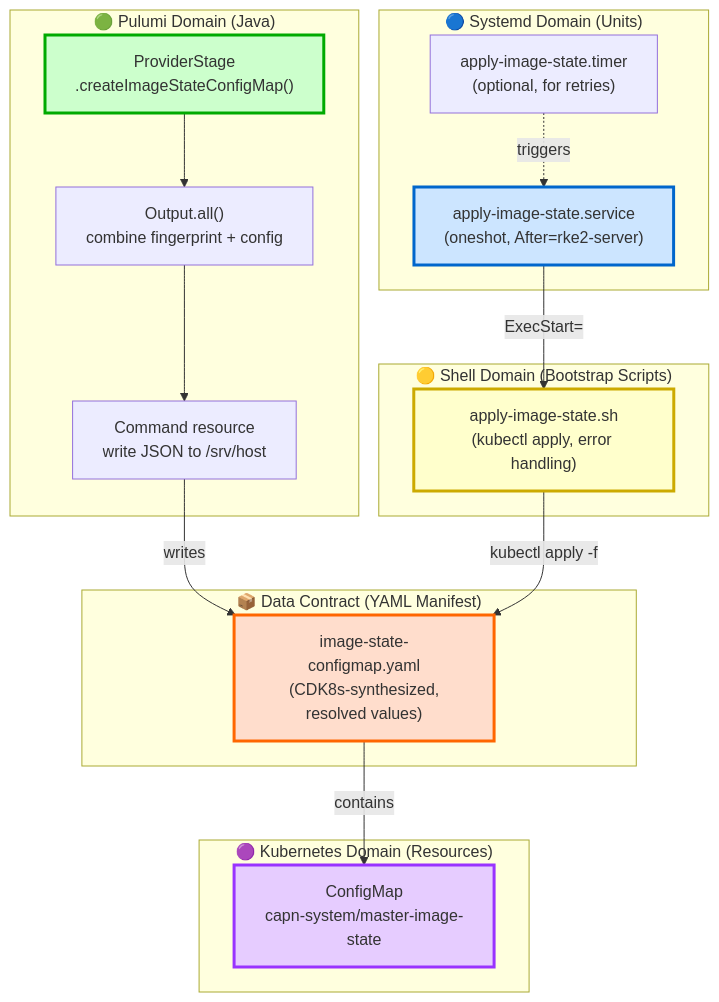
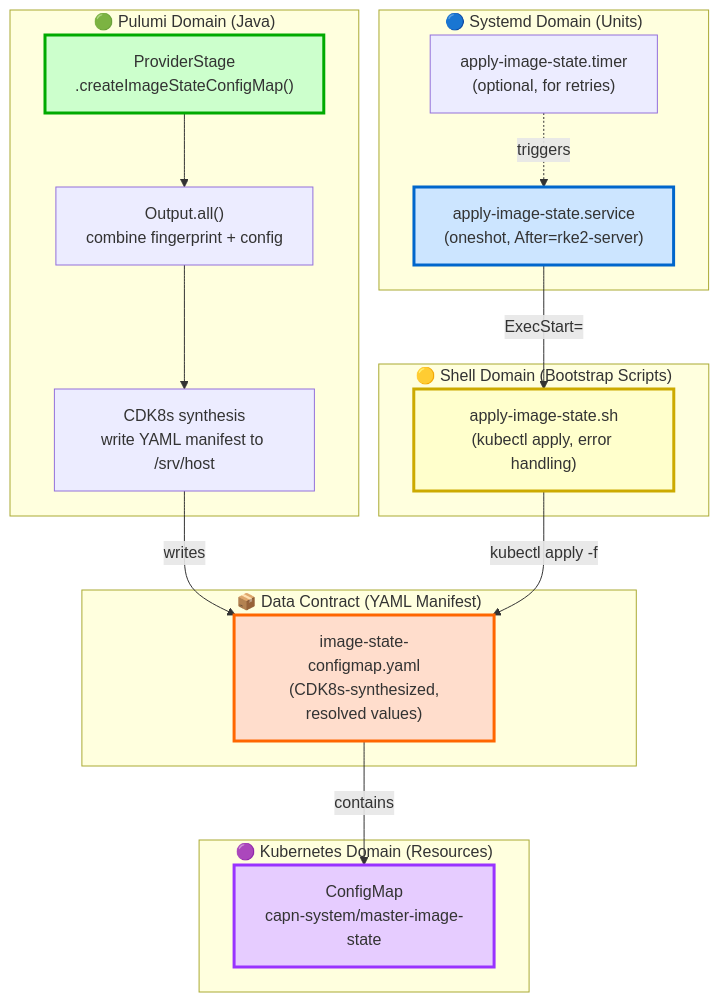
One commit to nxmatic/rke2lab changed the sixth of 6 diagrams in docs/staged-post-cluster-resources.adoc. Above: the diagram before and after it, drawn with Mermaid. The commit also changed other lines of this file and 5 other files, not shown here.

First line of the commit message:
refactor(seed-master): use standalone CDK8s entrypoint for staged synthesis

```diff
--- a/docs/staged-post-cluster-resources.adoc
+++ b/docs/staged-post-cluster-resources.adoc
@@ -316,41 +316,41 @@
 [mermaid]
 ....
 graph TB
     subgraph "🟢 Pulumi Domain (Java)"
         PulumiStage["ProviderStage<br/>.createImageStateConfigMap()"]
         OutputCombine["Output.all()<br/>combine fingerprint + config"]
-        FileWrite["Command resource<br/>write JSON to /srv/host"]
+        FileWrite["CDK8s synthesis<br/>write YAML manifest to /srv/host"]
     end
 
     subgraph "🔵 Systemd Domain (Units)"
         ServiceUnit["apply-image-state.service<br/>(oneshot, After=rke2-server)"]
         TimerUnit["apply-image-state.timer<br/>(optional, for retries)"]
     end
 
     subgraph "🟡 Shell Domain (Bootstrap Scripts)"
         Script["apply-image-state.sh<br/>(kubectl apply, error handling)"]
     end
 
     subgraph "📦 Data Contract (YAML Manifest)"
         ManifestFile["image-state-configmap.yaml<br/>(CDK8s-synthesized,<br/>resolved values)"]
     end
 
     subgraph "🟣 Kubernetes Domain (Resources)"
         ConfigMap["ConfigMap<br/>capn-system/master-image-state"]
     end
 
     PulumiStage --> OutputCombine
     OutputCombine --> FileWrite
     FileWrite -->|writes| ManifestFile
 
     ServiceUnit -->|ExecStart=| Script
     TimerUnit -.->|triggers| ServiceUnit
     Script -->|kubectl apply -f| ManifestFile
     ManifestFile -->|contains| ConfigMap
 
     style PulumiStage fill:#ccffcc,stroke:#00aa00,stroke-width:3px
     style ServiceUnit fill:#cce5ff,stroke:#0066cc,stroke-width:3px
     style Script fill:#ffffcc,stroke:#ccaa00,stroke-width:3px
     style ManifestFile fill:#ffddcc,stroke:#ff6600,stroke-width:3px
     style ConfigMap fill:#e6ccff,stroke:#9933ff,stroke-width:3px
 ....
```
